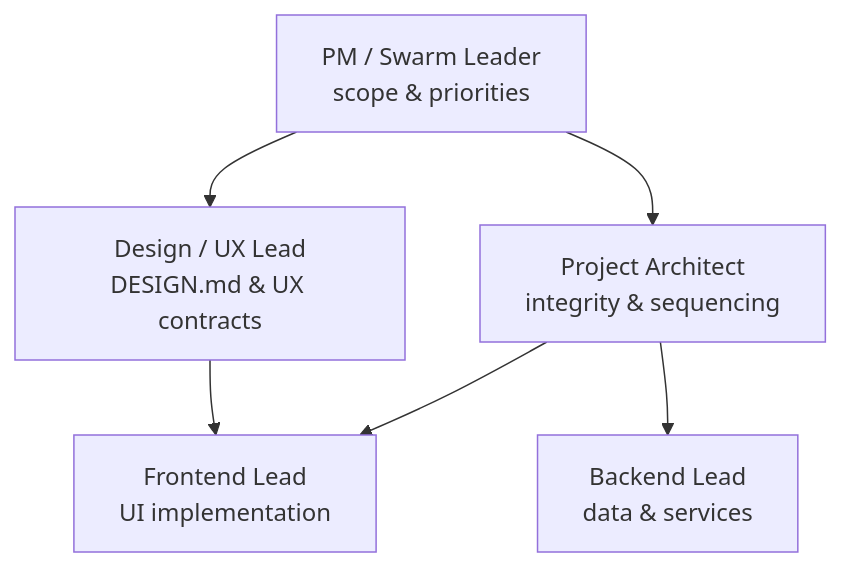
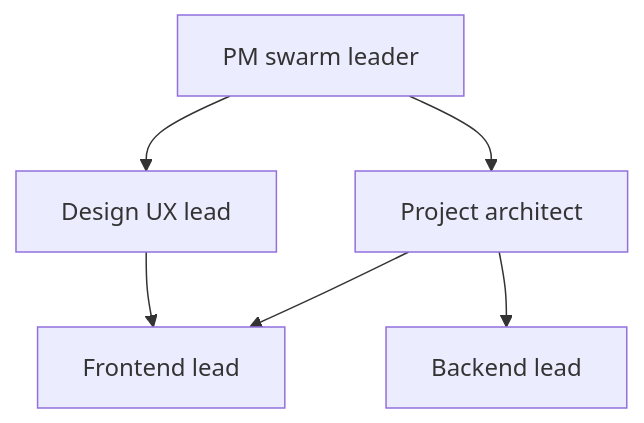
Before and after one commit to iDorgham/Nezam: the first of 3 diagrams in README.md, drawn with Mermaid. The commit also changed other lines of this file, not shown here.

````diff
--- a/README.md
+++ b/README.md
@@ -173,13 +230,13 @@
 ```mermaid
 flowchart TB
-  PM["PM / Swarm Leader\nscope & priorities"]
-  AR["Project Architect\nintegrity & sequencing"]
-  DS["Design / UX Lead\nDESIGN.md & UX contracts"]
-  FE["Frontend Lead\nUI implementation"]
-  BE["Backend Lead\ndata & services"]
+  PM[PM swarm leader]
+  AR[Project architect]
+  DS[Design UX lead]
+  FE[Frontend lead]
+  BE[Backend lead]
   PM --> AR
   PM --> DS
   AR --> FE
   AR --> BE
   DS --> FE
 ```
````
